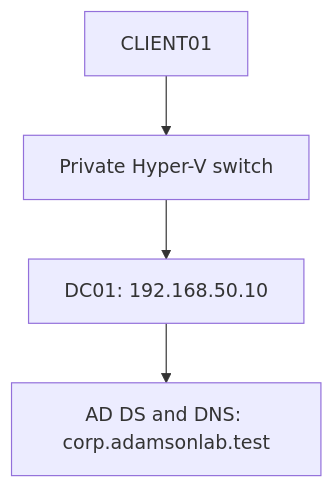
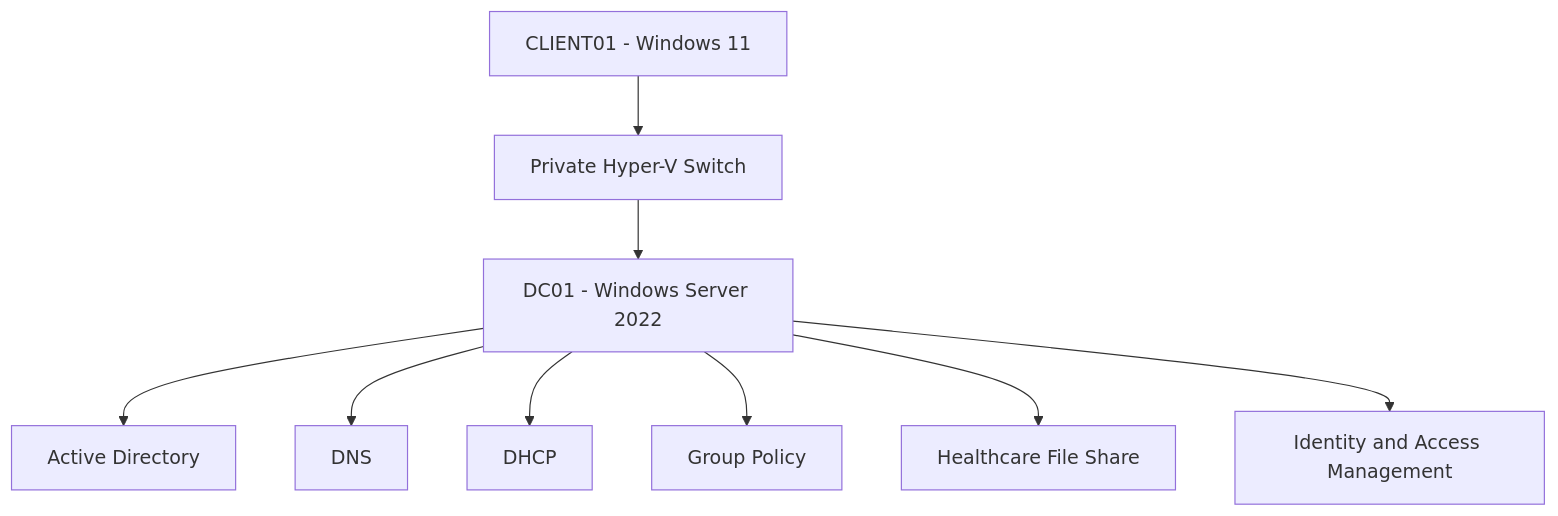
One commit to AdamsonITLabs/enterprise-identity-lab changed the diagram in README.md. Above: the diagram before and after it, drawn with Mermaid. The commit also changed other lines of this file, not shown here.

````diff
--- a/README.md
+++ b/README.md
@@ -6,6 +27,11 @@
 ```mermaid
 graph TD
- C[CLIENT01] --> S[Private Hyper-V switch]
- S --> D[DC01: 192.168.50.10]
- D --> A[AD DS and DNS: corp.adamsonlab.test]
+    C["CLIENT01 - Windows 11"] --> S["Private Hyper-V Switch"]
+    S --> D["DC01 - Windows Server 2022"]
+    D --> A["Active Directory"]
+    D --> B["DNS"]
+    D --> E["DHCP"]
+    D --> F["Group Policy"]
+    D --> G["Healthcare File Share"]
+    D --> H["Identity and Access Management"]
 ```
````
